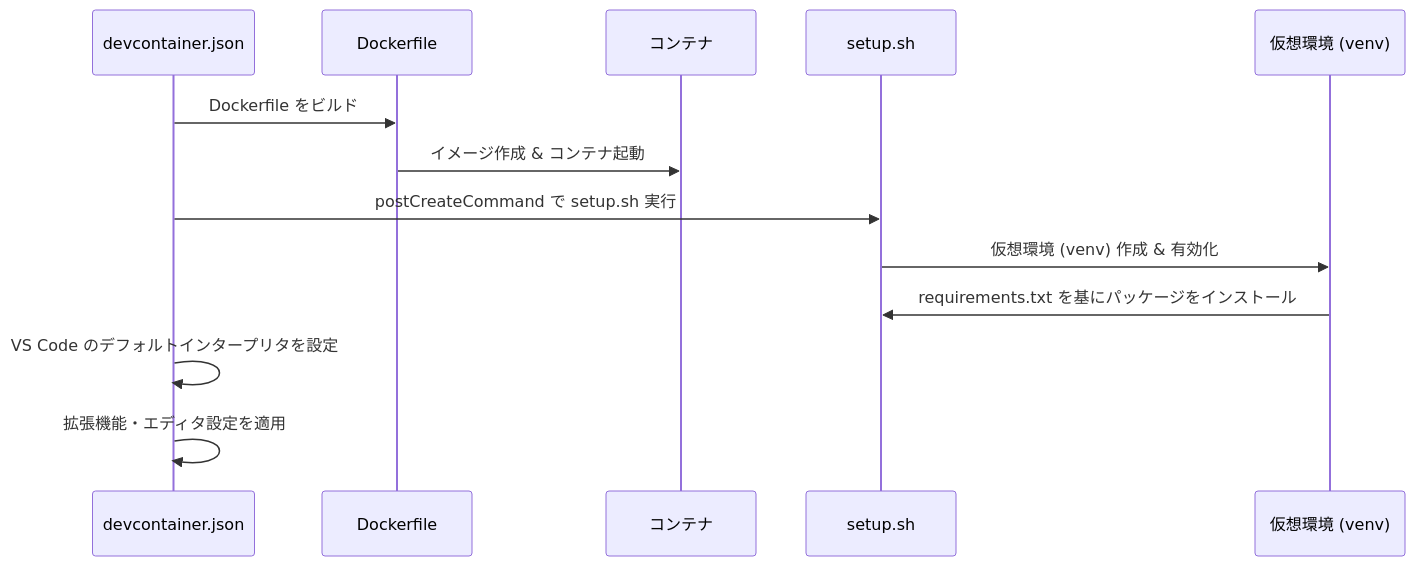
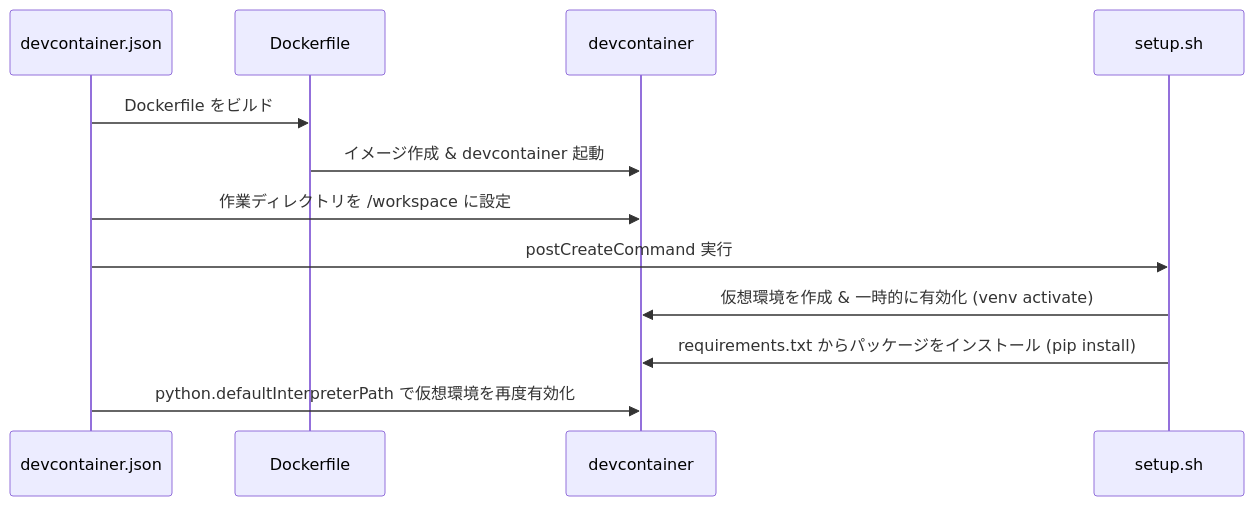
One commit to duri0214/docker_world changed the diagram in README.md. Above: the diagram before and after it, drawn with Mermaid. The commit also changed other lines of this file, not shown here.

````diff
--- a/README.md
+++ b/README.md
@@ -31,16 +47,15 @@
 ```mermaid
 sequenceDiagram
     participant DevContainer as devcontainer.json
     participant Docker as Dockerfile
-    participant Container as コンテナ
+    participant DevContainerInstance as devcontainer
     participant SetupScript as setup.sh
-    participant venv as 仮想環境 (venv)
 
     DevContainer->>Docker: Dockerfile をビルド
-    Docker->>Container: イメージ作成 & コンテナ起動
-    DevContainer->>SetupScript: postCreateCommand で setup.sh 実行
-    SetupScript->>venv: 仮想環境 (venv) 作成 & 有効化
-    venv->>SetupScript: requirements.txt を基にパッケージをインストール
-    DevContainer->>DevContainer: VS Code のデフォルトインタープリタを設定
-    DevContainer->>DevContainer: 拡張機能・エディタ設定を適用
+    Docker->>DevContainerInstance: イメージ作成 & devcontainer 起動
+    DevContainer->>DevContainerInstance: 作業ディレクトリを /workspace に設定
+    DevContainer->>SetupScript: postCreateCommand 実行
+    SetupScript->>DevContainerInstance: 仮想環境を作成 & 一時的に有効化 (venv activate)
+    SetupScript->>DevContainerInstance: requirements.txt からパッケージをインストール (pip install)
+    DevContainer->>DevContainerInstance: python.defaultInterpreterPath で仮想環境を再度有効化
 ```
````
